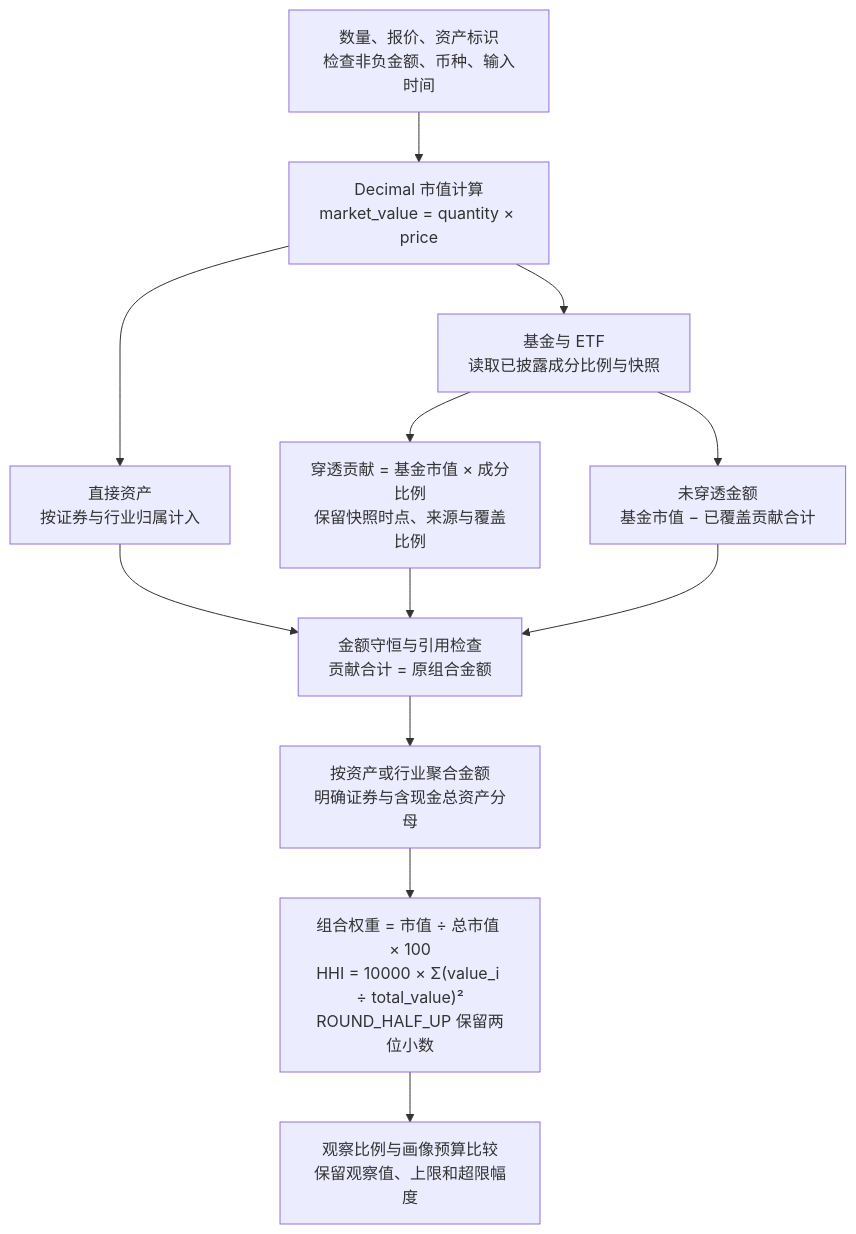
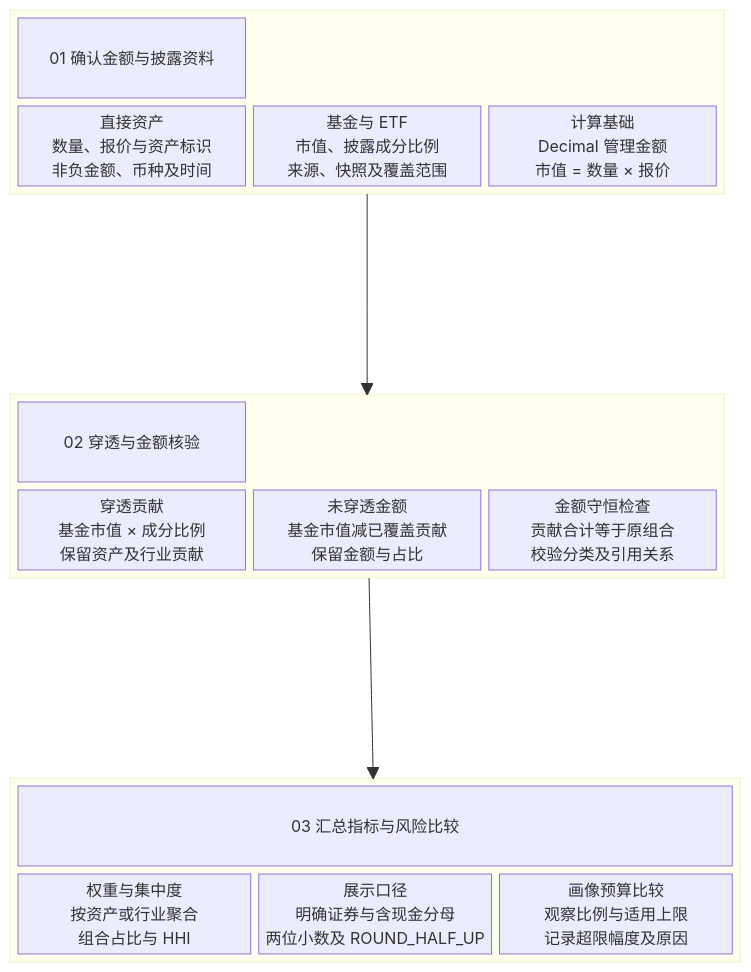
The diagram in docs/submission/figures/s2c/exposure-calculation.mmd (1917173927/prism), drawn with Mermaid before and after one commit. The commit also changed 50 other files, not shown here.

Commit message:
docs: 按参考图重绘 S2C 分区卡片图示

```diff
--- a/docs/submission/figures/s2c/exposure-calculation.mmd
+++ b/docs/submission/figures/s2c/exposure-calculation.mmd
@@ -1,12 +1,31 @@
-flowchart TB
-    INPUT["数量、报价、资产标识<br/>检查非负金额、币种、输入时间"] --> VALUE["Decimal 市值计算<br/>market_value = quantity × price"]
-    VALUE --> DIRECT["直接资产<br/>按证券与行业归属计入"]
-    VALUE --> FUND["基金与 ETF<br/>读取已披露成分比例与快照"]
-    FUND --> LOOK["穿透贡献 = 基金市值 × 成分比例<br/>保留快照时点、来源与覆盖比例"]
-    FUND --> UNCOVER["未穿透金额<br/>基金市值 − 已覆盖贡献合计"]
-    DIRECT --> CHECK["金额守恒与引用检查<br/>贡献合计 = 原组合金额"]
-    LOOK --> CHECK
-    UNCOVER --> CHECK
-    CHECK --> GROUP["按资产或行业聚合金额<br/>明确证券与含现金总资产分母"]
-    GROUP --> METRIC["组合权重 = 市值 ÷ 总市值 × 100<br/>HHI = 10000 × Σ(value_i ÷ total_value)²<br/>ROUND_HALF_UP 保留两位小数"]
-    METRIC --> RISK["观察比例与画像预算比较<br/>保留观察值、上限和超限幅度"]
+block-beta
+  columns 1
+  block:input
+    columns 3
+    H1["01 确认金额与披露资料"]:3
+    A["直接资产<br/>数量、报价与资产标识<br/>非负金额、币种及时间"]
+    B["基金与 ETF<br/>市值、披露成分比例<br/>来源、快照及覆盖范围"]
+    C["计算基础<br/>Decimal 管理金额<br/>市值 = 数量 × 报价"]
+  end
+  space
+  block:process
+    columns 3
+    H2["02 穿透与金额核验"]:3
+    D["穿透贡献<br/>基金市值 × 成分比例<br/>保留资产及行业贡献"]
+    E["未穿透金额<br/>基金市值减已覆盖贡献<br/>保留金额与占比"]
+    F["金额守恒检查<br/>贡献合计等于原组合<br/>校验分类及引用关系"]
+  end
+  space
+  block:output
+    columns 3
+    H3["03 汇总指标与风险比较"]:3
+    G["权重与集中度<br/>按资产或行业聚合<br/>组合占比与 HHI"]
+    I["展示口径<br/>明确证券与含现金分母<br/>两位小数及 ROUND_HALF_UP"]
+    J["画像预算比较<br/>观察比例与适用上限<br/>记录超限幅度及原因"]
+  end
+  input --> process
+  process --> output
+  class H1,H2,H3 section
+  class input,process,output container
+  class A,B,G,I neutral
+  class C,D,E,F,J accent
```
